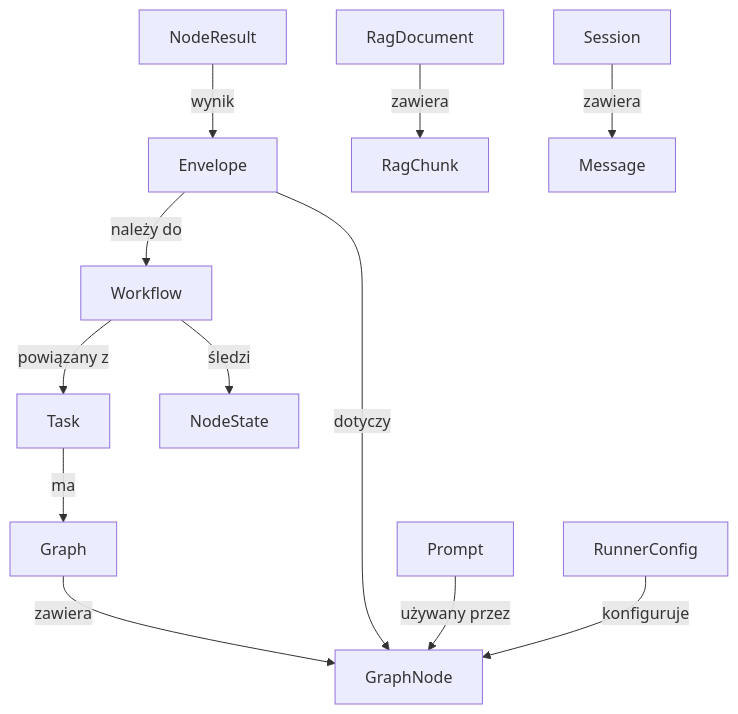
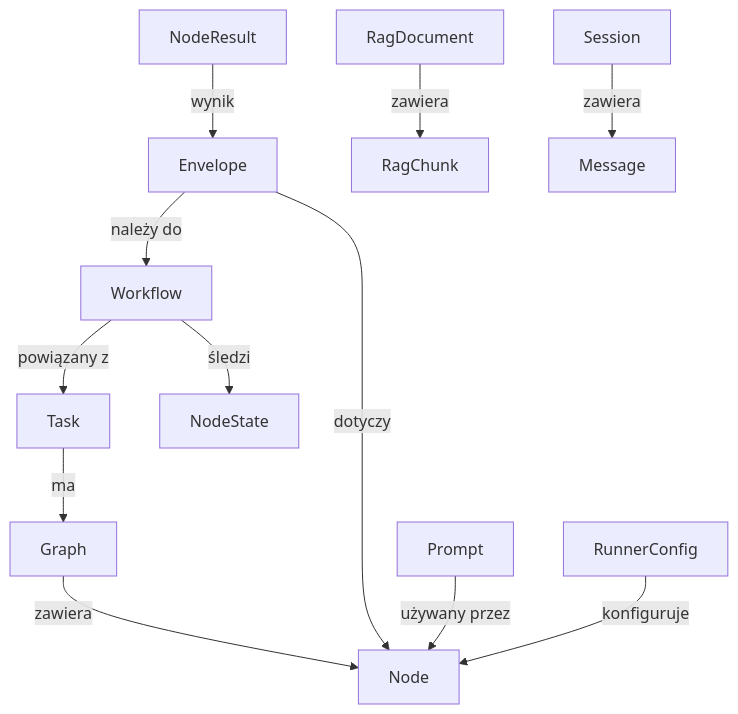
Before and after one commit to WiejskiLopez/SHELL: the diagram in shell/README.md, drawn with Mermaid. The commit also changed other lines of this file and 492 other files, not shown here.

````diff
--- a/shell/README.md
+++ b/shell/README.md
@@ -528,14 +528,14 @@
 ```mermaid
 graph TD
     Task -->|ma| Graph
-    Graph -->|zawiera| GraphNode
+    Graph -->|zawiera| Node
     Workflow -->|śledzi| NodeState
     Workflow -->|powiązany z| Task
     Envelope -->|należy do| Workflow
-    Envelope -->|dotyczy| GraphNode
+    Envelope -->|dotyczy| Node
     NodeResult -->|wynik| Envelope
-    Prompt -->|używany przez| GraphNode
-    RunnerConfig -->|konfiguruje| GraphNode
+    Prompt -->|używany przez| Node
+    RunnerConfig -->|konfiguruje| Node
     RagDocument -->|zawiera| RagChunk
     Session -->|zawiera| Message
 ```
````
